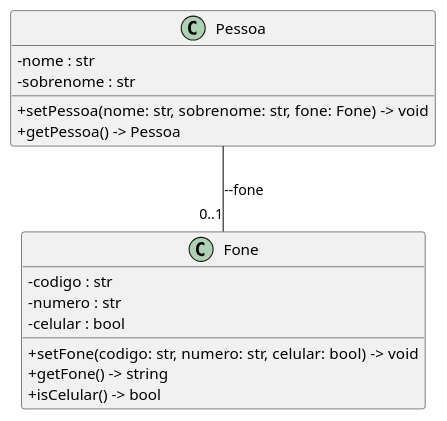
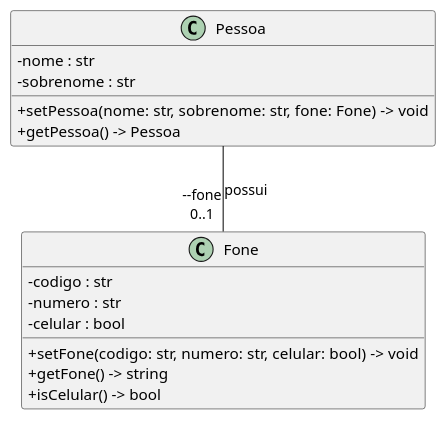
Before and after one commit to maxwellamaral/maxwellamaral.github.io: the diagram in docs/assets/puml/uml_class06.puml, drawn with PlantUML. The commit also changed 7 other files, not shown here.

```diff
--- a/docs/assets/puml/uml_class06.puml
+++ b/docs/assets/puml/uml_class06.puml
@@ -1,24 +1,24 @@
 @startuml
 
 ' left to right direction
 skinparam classAttributeIconSize 0
 
 class Pessoa {
     - nome : str
     - sobrenome : str
     + setPessoa(nome: str, sobrenome: str, fone: Fone) -> void
     + getPessoa() -> Pessoa
 }
 
 class Fone {
     - codigo : str
     - numero : str
     - celular : bool
     + setFone(codigo: str, numero: str, celular: bool) -> void
     + getFone() -> string
     + isCelular() -> bool
 }
 
-Pessoa --"0..1" Fone : --fone
+Pessoa --"--fone\n0..1" Fone : possui
 
 @enduml
```
